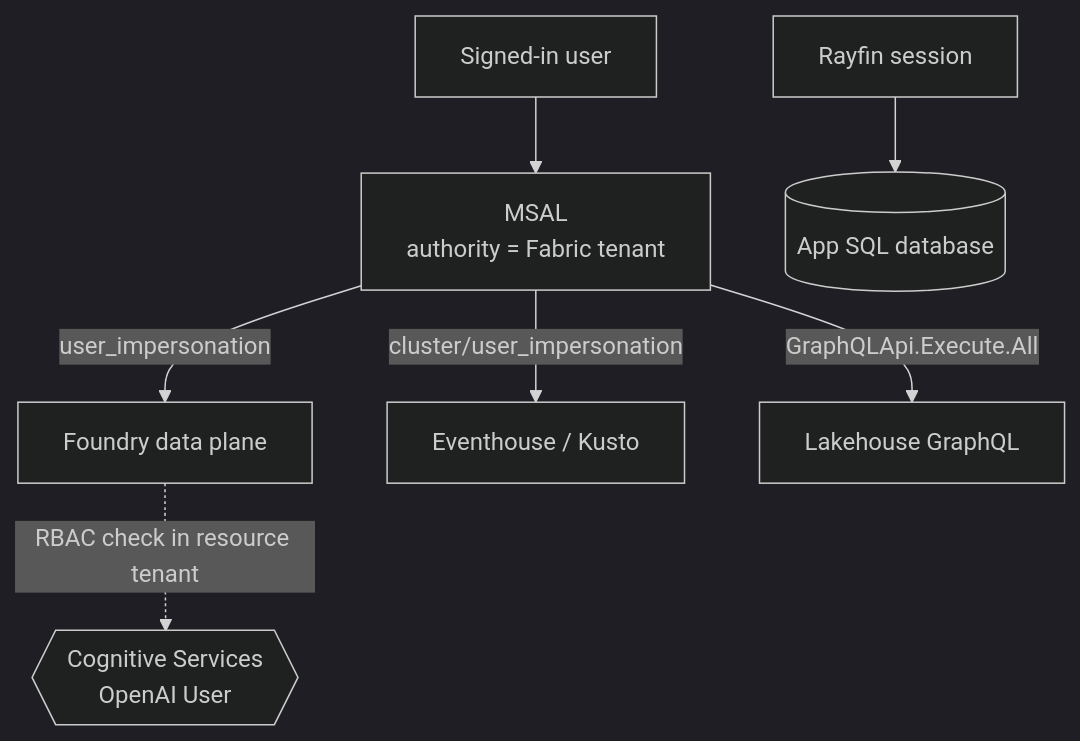
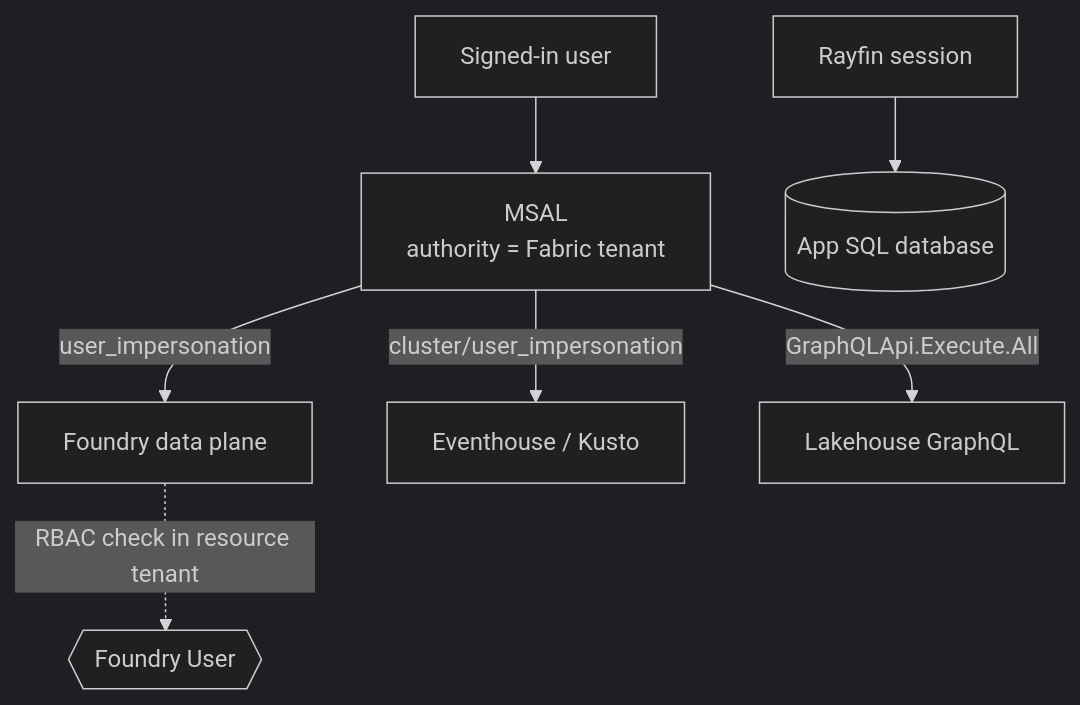
One commit to dibakardharchoudhury/FabricIQAppsDEMO changed the first of 2 diagrams in docs/foundry-copilot.md. Above: the diagram before and after it, drawn with Mermaid (dark theme). The commit also changed other lines of this file and 27 other files, not shown here.

````diff
--- a/docs/foundry-copilot.md
+++ b/docs/foundry-copilot.md
@@ -155,9 +166,9 @@
 ```mermaid
 flowchart TD
   U[Signed-in user] --> M[MSAL<br/>authority = Fabric tenant]
   M -->|user_impersonation| F[Foundry data plane]
   M -->|cluster/user_impersonation| K[Eventhouse / Kusto]
   M -->|GraphQLApi.Execute.All| G[Lakehouse GraphQL]
   R[Rayfin session] --> S[(App SQL database)]
-  F -.->|RBAC check in resource tenant| RB{{Cognitive Services<br/>OpenAI User}}
+  F -.->|RBAC check in resource tenant| RB{{Foundry User}}
 ```
````
